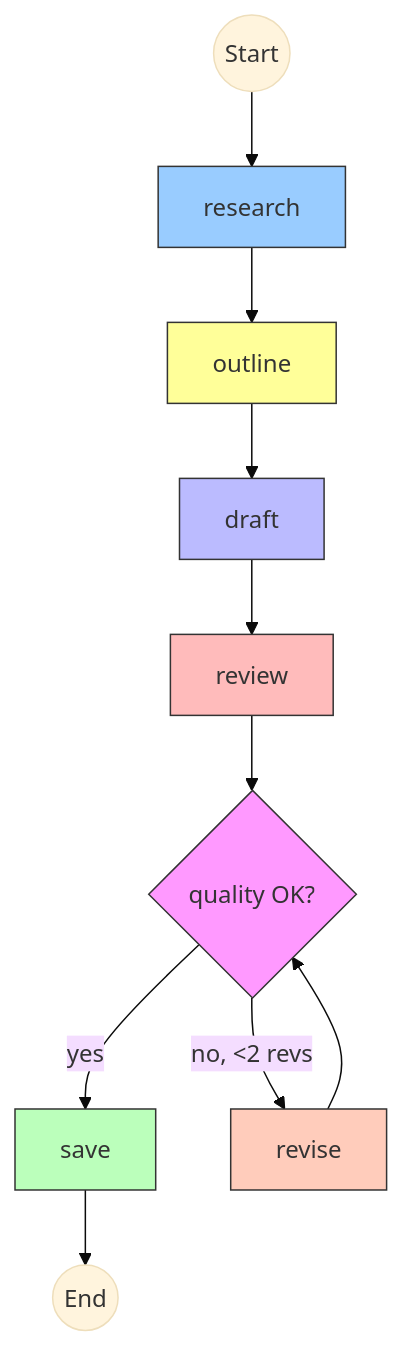
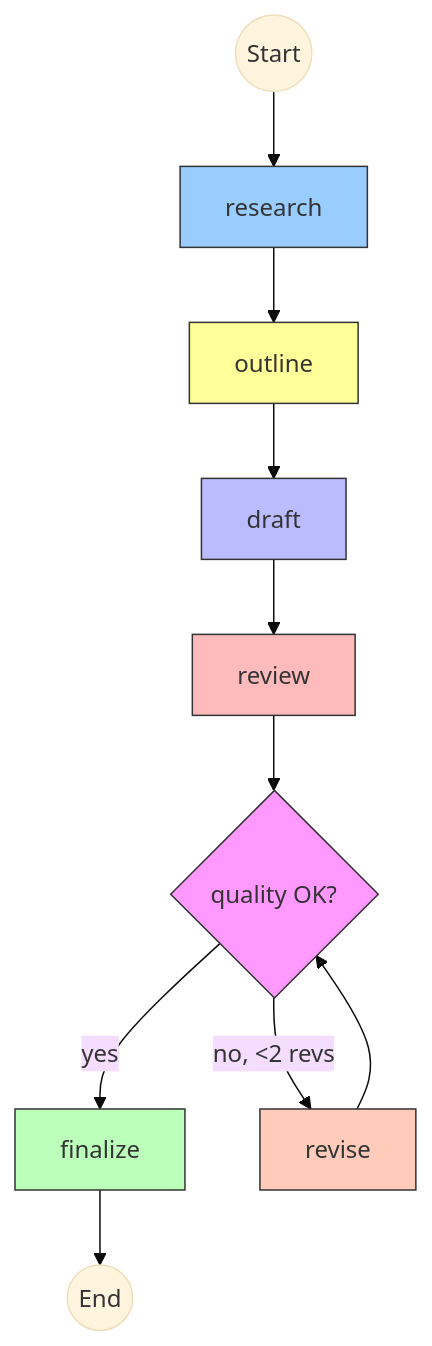
One commit to v9ai/ai-apps changed the sixth of 8 diagrams in apps/knowledge/README.md. Above: the diagram before and after it, drawn with Mermaid (base theme). The commit also changed other lines of this file and 2 other files, not shown here.

````diff
--- a/apps/knowledge/README.md
+++ b/apps/knowledge/README.md
@@ -242,20 +240,20 @@
 ```mermaid
 graph TD
     START((Start)) --> research
     research --> outline
     outline --> draft
     draft --> review
     review --> revise_loop{quality OK?}
-    revise_loop -->|"yes"| save
+    revise_loop -->|"yes"| finalize
     revise_loop -->|"no, <2 revs"| revise
     revise --> revise_loop
-    save --> END((End))
+    finalize --> END((End))
 
     style research fill:#9cf,stroke:#333
     style outline fill:#ff9,stroke:#333
     style draft fill:#bbf,stroke:#333
     style review fill:#fbb,stroke:#333
     style revise_loop fill:#f9f,stroke:#333
     style revise fill:#fcb,stroke:#333
-    style save fill:#bfb,stroke:#333
+    style finalize fill:#bfb,stroke:#333
 ```
````
